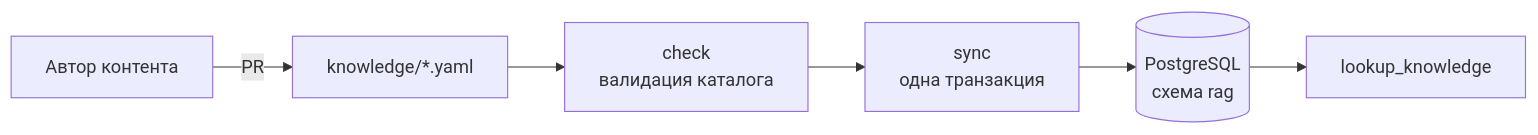
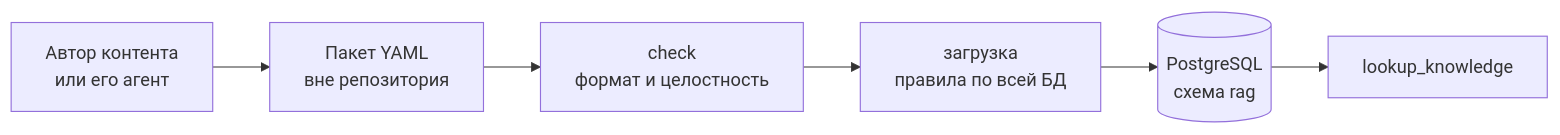
Before and after one commit to Nisakoo/BMSTU-NIRS: the second of 2 diagrams in docs/rag.md, drawn with Mermaid. The commit also changed other lines of this file and 22 other files, not shown here.

First line of the commit message:
feat(rag): add knowledge package format and check command

````diff
--- a/docs/rag.md
+++ b/docs/rag.md
@@ -67,8 +68,8 @@
 ```mermaid
 flowchart LR
-    Author[Автор контента] -->|PR| Files["knowledge/*.yaml"]
-    Files --> Check["check<br/>валидация каталога"]
-    Check --> Sync["sync<br/>одна транзакция"]
-    Sync --> PG[("PostgreSQL<br/>схема rag")]
+    Author["Автор контента<br/>или его агент"] --> Package["Пакет YAML<br/>вне репозитория"]
+    Package --> Check["check<br/>формат и целостность"]
+    Check --> Load["загрузка<br/>правила по всей БД"]
+    Load --> PG[("PostgreSQL<br/>схема rag")]
     PG --> Lookup[lookup_knowledge]
 ```
````
